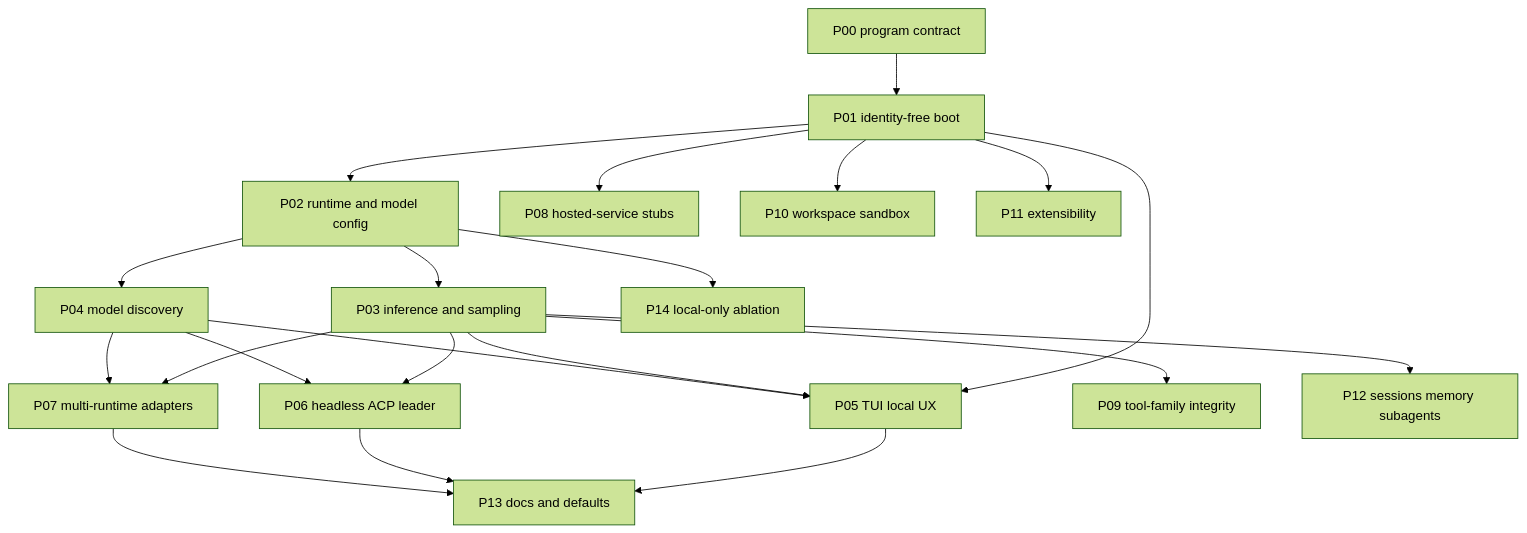
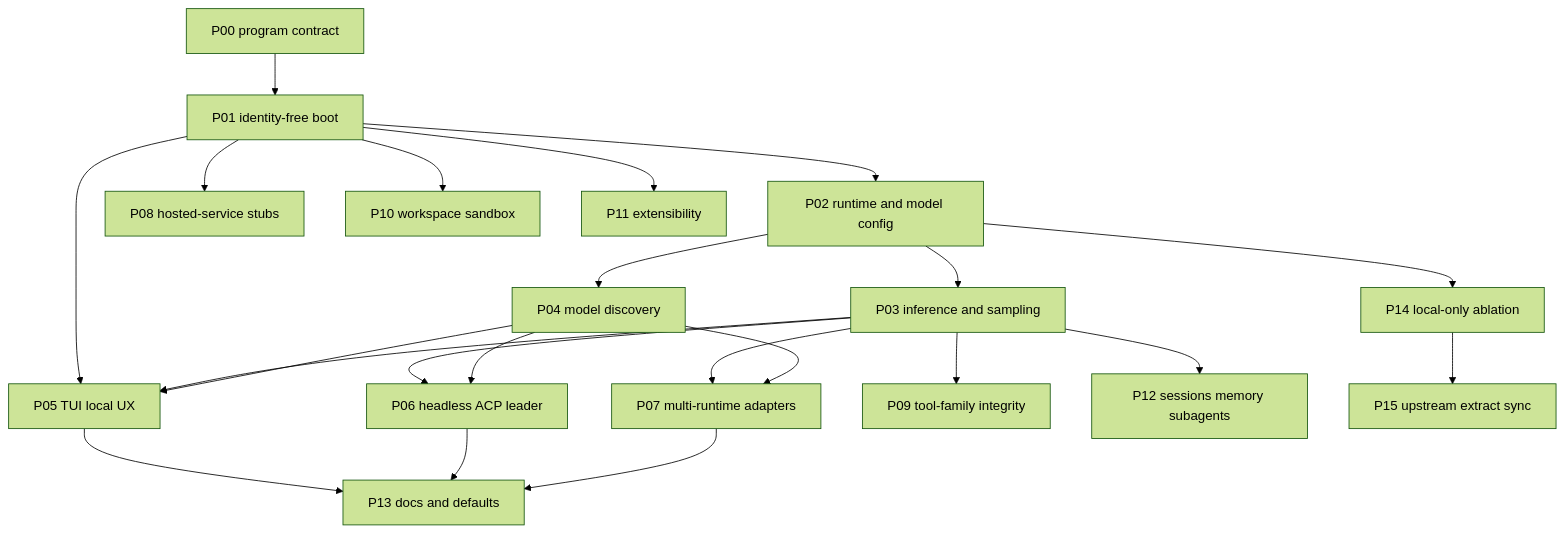
One commit to christopherwolf1/grok-build-local changed the first of 5 diagrams in phases/dag.md. Above: the diagram before and after it, drawn with Mermaid (forest theme). The commit also changed 8 other files, not shown here.

First line of the commit message:
P15: record extract sync and keep local-first envelope

````diff
--- a/phases/dag.md
+++ b/phases/dag.md
@@ -13,39 +13,41 @@
 ```mermaid
 flowchart TD
   P00[P00 program contract]
   P01[P01 identity-free boot]
   P02[P02 runtime and model config]
   P03[P03 inference and sampling]
   P04[P04 model discovery]
   P05[P05 TUI local UX]
   P06[P06 headless ACP leader]
   P07[P07 multi-runtime adapters]
   P08[P08 hosted-service stubs]
   P09[P09 tool-family integrity]
   P10[P10 workspace sandbox]
   P11[P11 extensibility]
   P12[P12 sessions memory subagents]
   P13[P13 docs and defaults]
   P14[P14 local-only ablation]
+  P15[P15 upstream extract sync]
 
   P00 --> P01
   P01 --> P02
   P01 --> P05
   P01 --> P08
   P01 --> P10
   P01 --> P11
   P02 --> P03
   P02 --> P04
   P02 --> P14
   P03 --> P05
   P04 --> P05
   P03 --> P06
   P04 --> P06
   P03 --> P07
   P04 --> P07
   P03 --> P09
   P03 --> P12
   P05 --> P13
   P06 --> P13
   P07 --> P13
+  P14 --> P15
 ```
````
